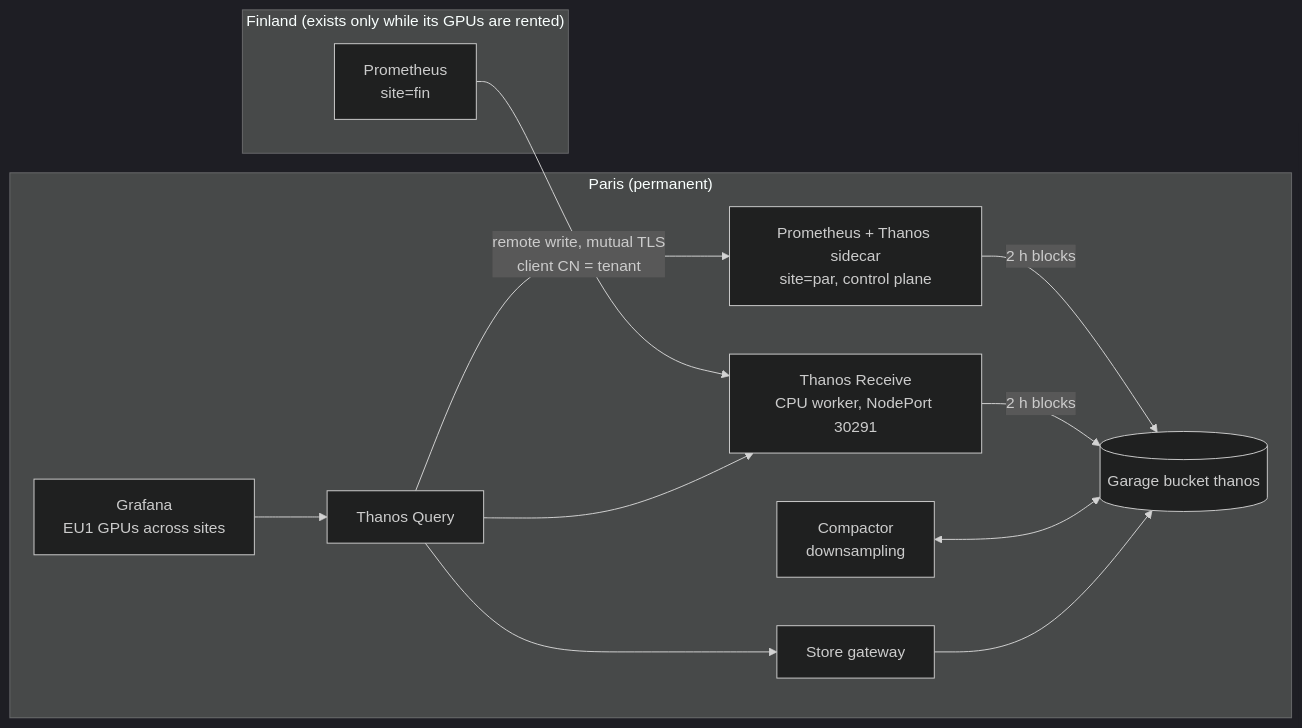
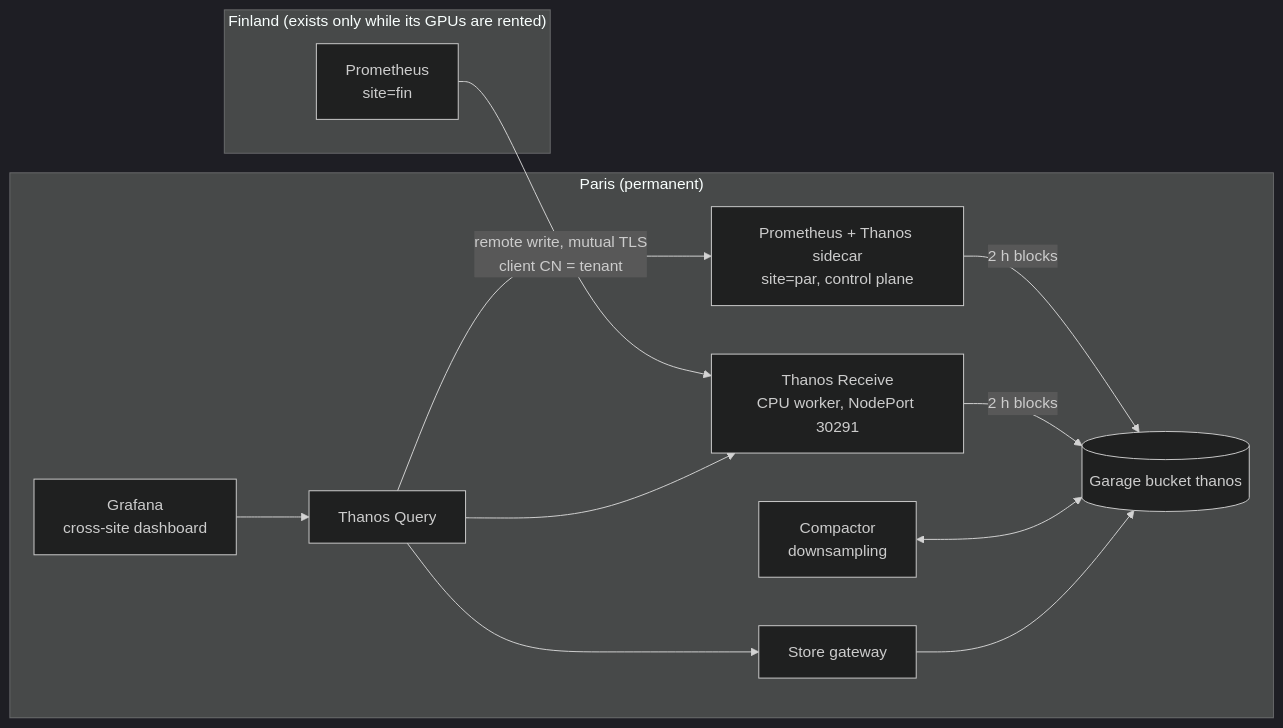
The second of 2 diagrams in docs/30-metrics-across-sites.md (yassineteimi/ncp-partner-onboarding), drawn with Mermaid (dark theme) before and after one commit. The commit also changed other lines of this file and 16 other files, not shown here.

````diff
--- a/docs/30-metrics-across-sites.md
+++ b/docs/30-metrics-across-sites.md
@@ -22,24 +67,24 @@
-```mermaid
-flowchart LR
-  subgraph fin["Finland (exists only while its GPUs are rented)"]
-    fprom["Prometheus<br/>site=fin"]
-  end
-  subgraph par["Paris (permanent)"]
-    pprom["Prometheus + Thanos sidecar<br/>site=par, control plane"]
-    recv["Thanos Receive<br/>CPU worker, NodePort 30291"]
-    q["Thanos Query"]
-    sg["Store gateway"]
-    comp["Compactor<br/>downsampling"]
-    bucket[("Garage bucket thanos")]
-    graf["Grafana<br/>EU1 GPUs across sites"]
-  end
-  fprom -- "remote write, mutual TLS<br/>client CN = tenant" --> recv
-  pprom -- "2 h blocks" --> bucket
-  recv -- "2 h blocks" --> bucket
-  comp <--> bucket
-  sg --> bucket
-  q --> pprom
-  q --> recv
-  q --> sg
-  graf --> q
-```
+    ```mermaid
+    flowchart LR
+      subgraph fin["Finland (exists only while its GPUs are rented)"]
+        fprom["Prometheus<br/>site=fin"]
+      end
+      subgraph par["Paris (permanent)"]
+        pprom["Prometheus + Thanos sidecar<br/>site=par, control plane"]
+        recv["Thanos Receive<br/>CPU worker, NodePort 30291"]
+        q["Thanos Query"]
+        sg["Store gateway"]
+        comp["Compactor<br/>downsampling"]
+        bucket[("Garage bucket thanos")]
+        graf["Grafana<br/>cross-site dashboard"]
+      end
+      fprom -- "remote write, mutual TLS<br/>client CN = tenant" --> recv
+      pprom -- "2 h blocks" --> bucket
+      recv -- "2 h blocks" --> bucket
+      comp <--> bucket
+      sg --> bucket
+      q --> pprom
+      q --> recv
+      q --> sg
+      graf --> q
+    ```
````
